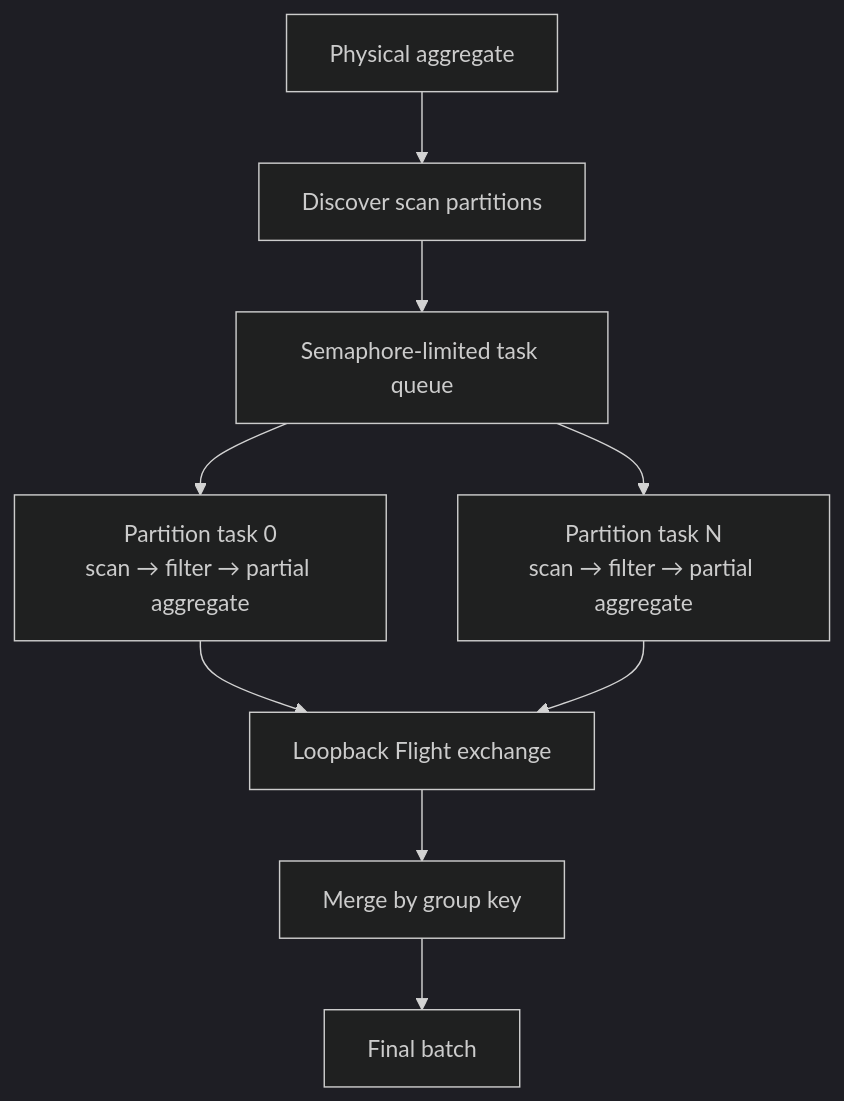
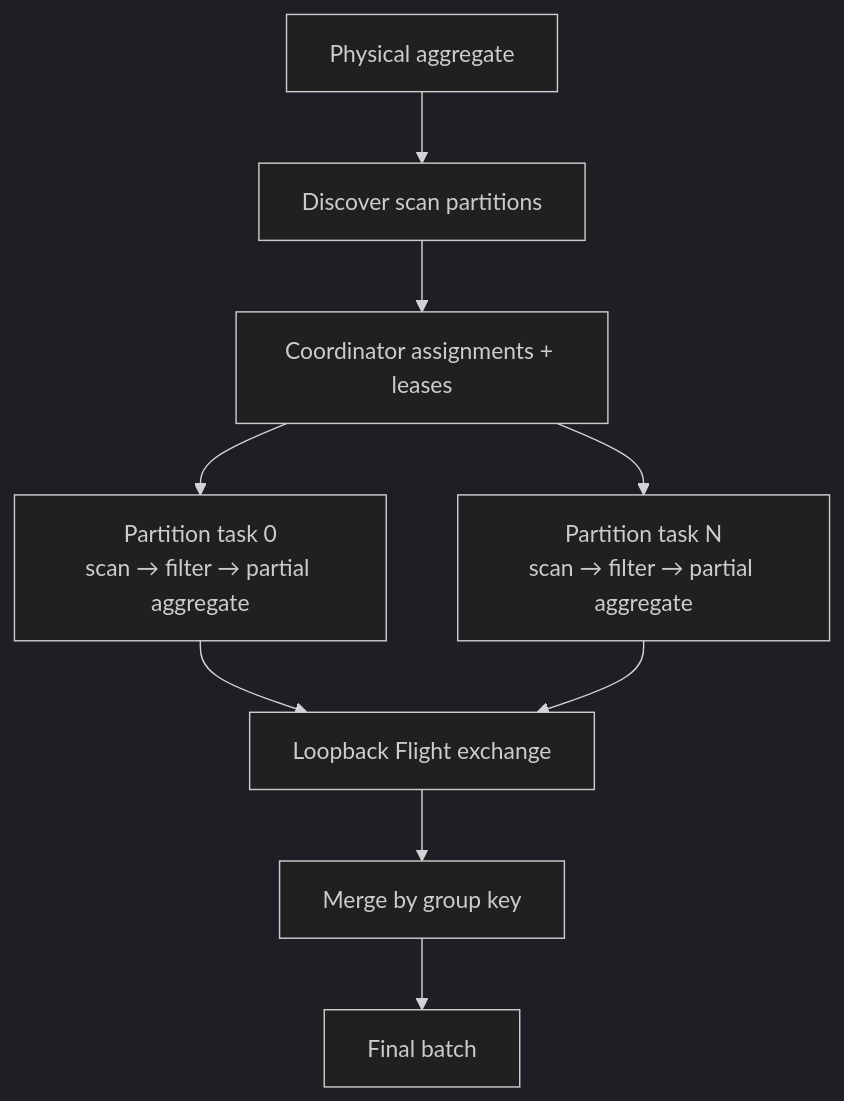
The fourth of 5 diagrams in docs/ARCHITECTURE.md (khantnhl/SparkX-Distributed-Query-Engine), drawn with Mermaid (dark theme) before and after one commit. The commit also changed other lines of this file and 6 other files, not shown here.

````diff
--- a/docs/ARCHITECTURE.md
+++ b/docs/ARCHITECTURE.md
@@ -162,11 +162,11 @@
 ```mermaid
 flowchart TB
     P["Physical aggregate"] --> F["Discover scan partitions"]
-    F --> Q["Semaphore-limited task queue"]
+    F --> Q["Coordinator assignments + leases"]
     Q --> T0["Partition task 0\nscan → filter → partial aggregate"]
     Q --> TN["Partition task N\nscan → filter → partial aggregate"]
     T0 --> E["Loopback Flight exchange"]
     TN --> E
     E --> M["Merge by group key"]
     M --> O["Final batch"]
 ```
````
